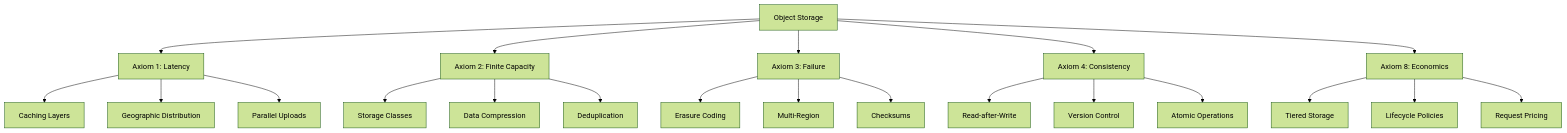
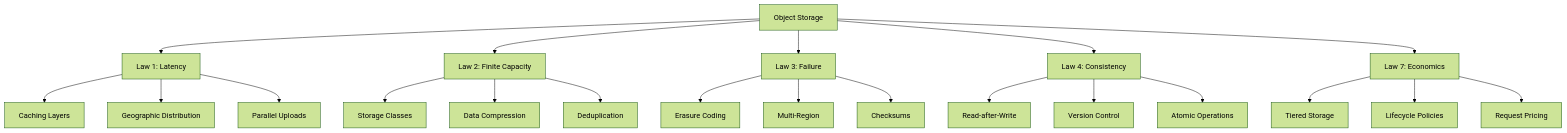
One commit to deepaucksharma/DStudio changed the third of 4 diagrams in docs/case-studies/object-storage.md. Above: the diagram before and after it, drawn with Mermaid (forest theme). The commit also changed other lines of this file and 470 other files, not shown here.

````diff
--- a/docs/case-studies/object-storage.md
+++ b/docs/case-studies/object-storage.md
@@ -119,30 +119,30 @@
 ```mermaid
 graph TD
     OS[Object Storage]
     
-    OS --> A1[Axiom 1: Latency]
-    OS --> A2[Axiom 2: Finite Capacity]
-    OS --> A3[Axiom 3: Failure]
-    OS --> A4[Axiom 4: Consistency]
-    OS --> A8[Axiom 8: Economics]
+    OS --> A1[Law 1: Latency]
+    OS --> A2[Law 2: Finite Capacity]
+    OS --> A3[Law 3: Failure]
+    OS --> A4[Law 4: Consistency]
+    OS --> A8[Law 7: Economics]
     
     A1 --> L1[Caching Layers]
     A1 --> L2[Geographic Distribution]
     A1 --> L3[Parallel Uploads]
     
     A2 --> C1[Storage Classes]
     A2 --> C2[Data Compression]
     A2 --> C3[Deduplication]
     
     A3 --> F1[Erasure Coding]
     A3 --> F2[Multi-Region]
     A3 --> F3[Checksums]
     
     A4 --> CO1[Read-after-Write]
     A4 --> CO2[Version Control]
     A4 --> CO3[Atomic Operations]
     
     A8 --> E1[Tiered Storage]
     A8 --> E2[Lifecycle Policies]
     A8 --> E3[Request Pricing]
 ```
````
